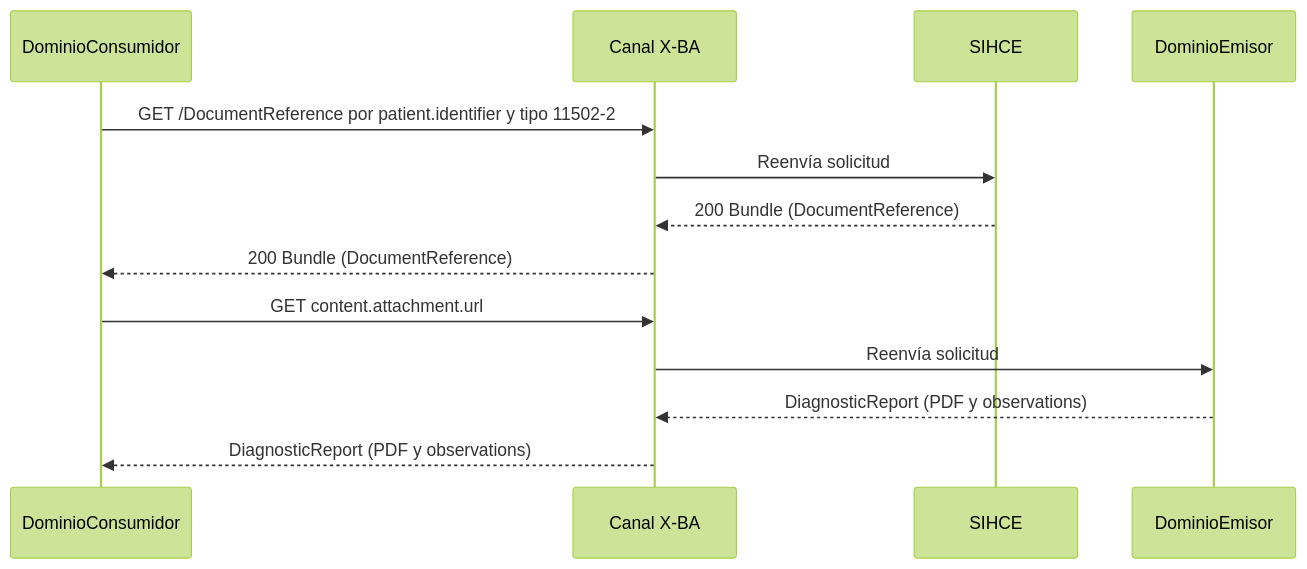
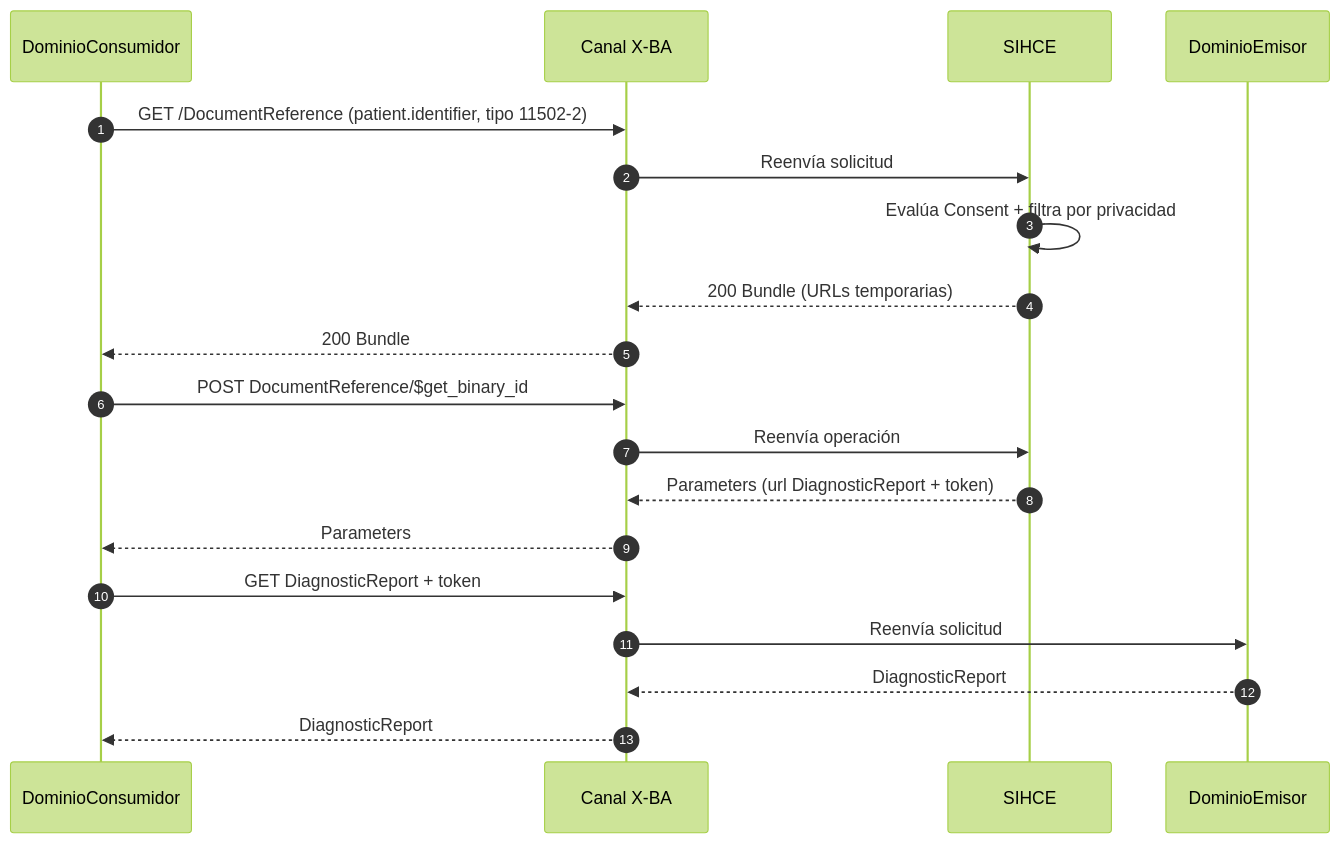
One commit to HL7-AR/sihce-ig changed the tenth of 10 diagrams in input/pagecontent/CasosDeUso.md. Above: the diagram before and after it, drawn with Mermaid (forest theme). The commit also changed other lines of this file and 55 other files, not shown here.

````diff
--- a/input/pagecontent/CasosDeUso.md
+++ b/input/pagecontent/CasosDeUso.md
@@ -165,15 +202,21 @@
 ```mermaid
 sequenceDiagram
+  autonumber
   participant C as DominioConsumidor
   participant X as Canal X-BA
   participant S as SIHCE
   participant E as DominioEmisor
-  C->>X: GET /DocumentReference por patient.identifier y tipo 11502-2
+  C->>X: GET /DocumentReference (patient.identifier, tipo 11502-2)
   X->>S: Reenvía solicitud
-  S-->>X: 200 Bundle (DocumentReference)
-  X-->>C: 200 Bundle (DocumentReference)
-  C->>X: GET content.attachment.url
+  S->>S: Evalúa Consent + filtra por privacidad
+  S-->>X: 200 Bundle (URLs temporarias)
+  X-->>C: 200 Bundle
+  C->>X: POST DocumentReference/$get_binary_id
+  X->>S: Reenvía operación
+  S-->>X: Parameters (url DiagnosticReport + token)
+  X-->>C: Parameters
+  C->>X: GET DiagnosticReport + token
   X->>E: Reenvía solicitud
-  E-->>X: DiagnosticReport (PDF y observations)
-  X-->>C: DiagnosticReport (PDF y observations)
+  E-->>X: DiagnosticReport
+  X-->>C: DiagnosticReport
 ```
````
